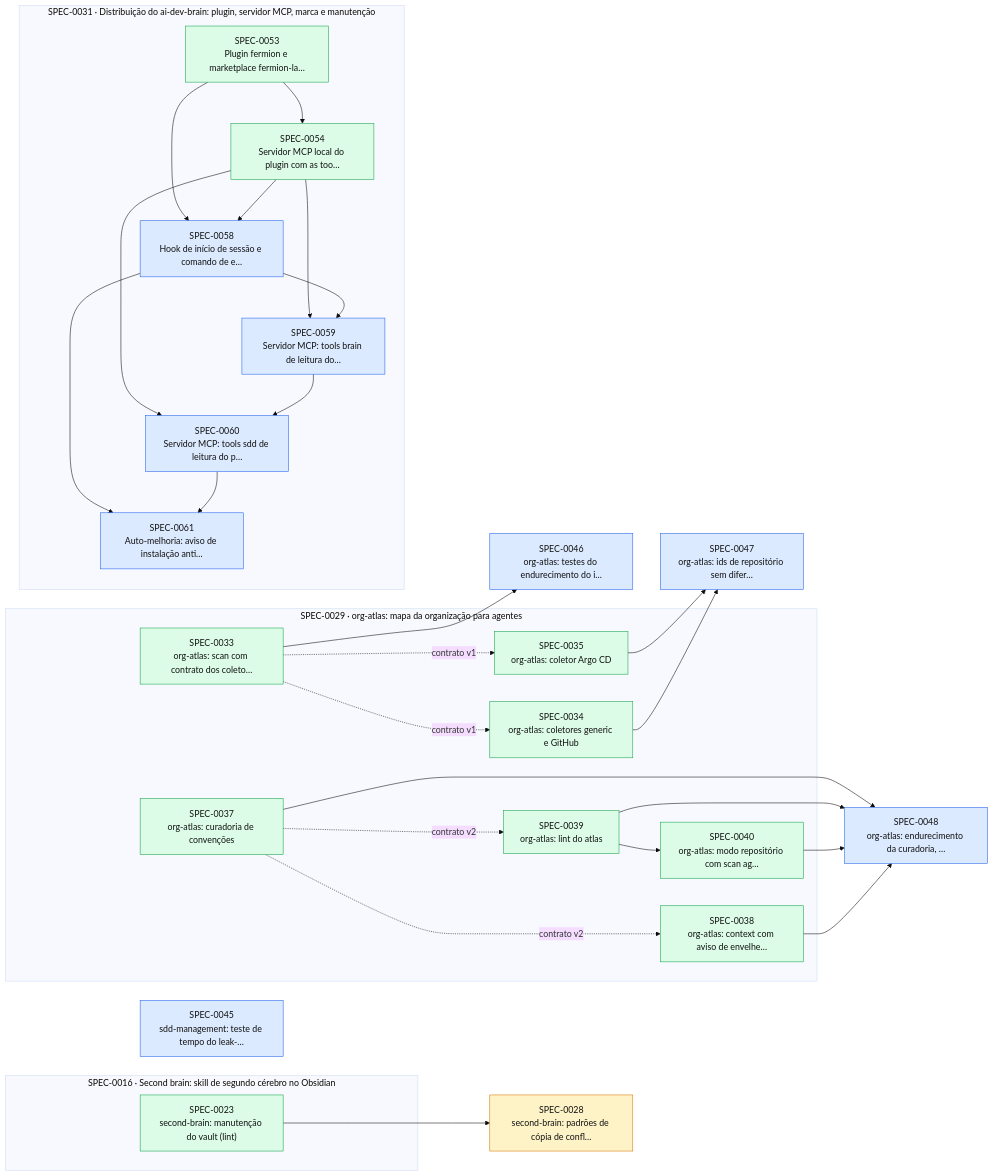
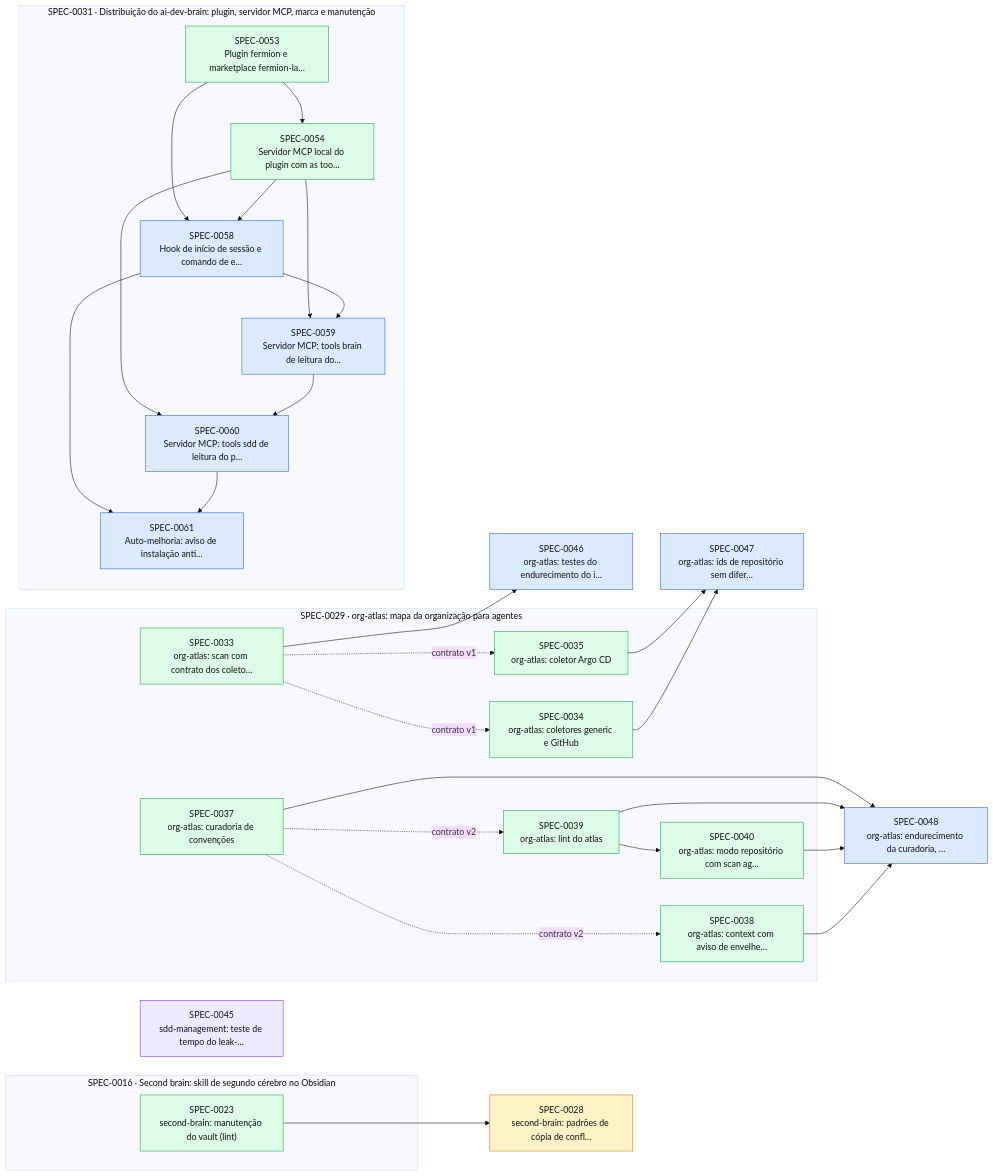
The diagram in docs/specs/INDEX.md (thomasravache/ai-dev-brain), drawn with Mermaid (base theme) before and after one commit. The commit also changed other lines of this file and 1 other file, not shown here.

First line of the commit message:
docs(specs): SPEC-0045 em andamento

````diff
--- a/docs/specs/INDEX.md
+++ b/docs/specs/INDEX.md
@@ -56,55 +56,55 @@
 ```mermaid
 flowchart LR
   S0028["SPEC-0028<br/>second-brain: padrões de cópia de confl…"]:::proposed
-  S0045["SPEC-0045<br/>sdd-management: teste de tempo do leak-…"]:::approved
+  S0045["SPEC-0045<br/>sdd-management: teste de tempo do leak-…"]:::inprogress
   S0046["SPEC-0046<br/>org-atlas: testes do endurecimento do i…"]:::approved
   S0047["SPEC-0047<br/>org-atlas: ids de repositório sem difer…"]:::approved
   S0048["SPEC-0048<br/>org-atlas: endurecimento da curadoria, …"]:::approved
   subgraph E0016["SPEC-0016 · Second brain: skill de segundo cérebro no Obsidian"]
     S0023["SPEC-0023<br/>second-brain: manutenção do vault (lint)"]:::implemented
   end
   subgraph E0029["SPEC-0029 · org-atlas: mapa da organização para agentes"]
     S0033["SPEC-0033<br/>org-atlas: scan com contrato dos coleto…"]:::implemented
     S0034["SPEC-0034<br/>org-atlas: coletores generic e GitHub"]:::implemented
     S0035["SPEC-0035<br/>org-atlas: coletor Argo CD"]:::implemented
     S0037["SPEC-0037<br/>org-atlas: curadoria de convenções"]:::implemented
     S0038["SPEC-0038<br/>org-atlas: context com aviso de envelhe…"]:::implemented
     S0039["SPEC-0039<br/>org-atlas: lint do atlas"]:::implemented
     S0040["SPEC-0040<br/>org-atlas: modo repositório com scan ag…"]:::implemented
   end
   subgraph E0031["SPEC-0031 · Distribuição do ai-dev-brain: plugin, servidor MCP, marca e manutenção"]
     S0053["SPEC-0053<br/>Plugin fermion e marketplace fermion-la…"]:::implemented
     S0054["SPEC-0054<br/>Servidor MCP local do plugin com as too…"]:::implemented
     S0058["SPEC-0058<br/>Hook de início de sessão e comando de e…"]:::approved
     S0059["SPEC-0059<br/>Servidor MCP: tools brain de leitura do…"]:::approved
     S0060["SPEC-0060<br/>Servidor MCP: tools sdd de leitura do p…"]:::approved
     S0061["SPEC-0061<br/>Auto-melhoria: aviso de instalação anti…"]:::approved
   end
   S0023 --> S0028
   S0033 -. contrato v1 .-> S0034
   S0033 -. contrato v1 .-> S0035
   S0037 -. contrato v2 .-> S0038
   S0037 -. contrato v2 .-> S0039
   S0039 --> S0040
   S0033 --> S0046
   S0034 --> S0047
   S0035 --> S0047
   S0037 --> S0048
   S0038 --> S0048
   S0039 --> S0048
   S0040 --> S0048
   S0053 --> S0054
   S0053 --> S0058
   S0054 --> S0058
   S0054 --> S0059
   S0058 --> S0059
   S0054 --> S0060
   S0059 --> S0060
   S0058 --> S0061
   S0060 --> S0061
   classDef proposed fill:#fef3c7,stroke:#d97706,color:#111
   classDef approved fill:#dbeafe,stroke:#2563eb,color:#111
   classDef inprogress fill:#ede9fe,stroke:#7c3aed,color:#111
   classDef implemented fill:#dcfce7,stroke:#16a34a,color:#111
   classDef deprecated fill:#f3f4f6,stroke:#9ca3af,color:#6b7280
 ```
````
